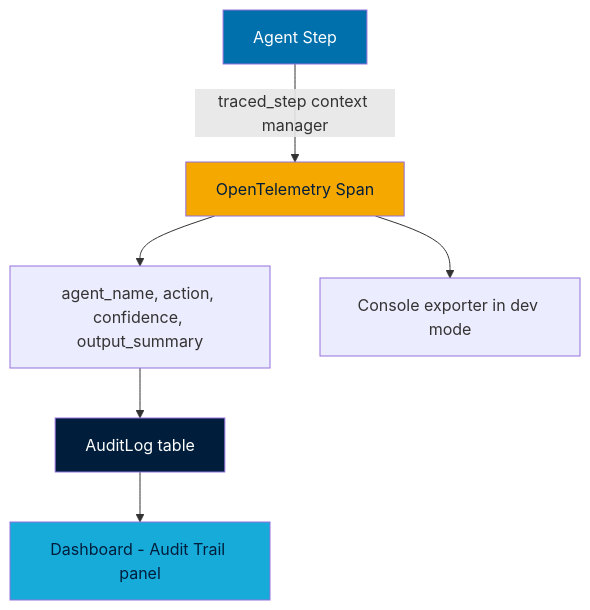
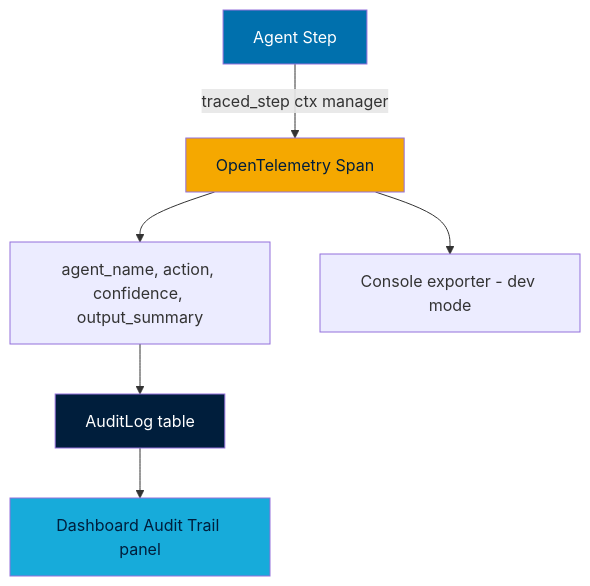
One commit to Monisha-1508/SKILLSYNC_AI changed the fifth of 5 diagrams in README.md. Above: the diagram before and after it, drawn with Mermaid. The commit also changed other lines of this file, not shown here.

````diff
--- a/README.md
+++ b/README.md
@@ -644,13 +647,13 @@
 ```mermaid
 graph TD
-    AGT[Agent Step] -->|traced_step context manager| SPAN[OpenTelemetry Span]
+    AGT[Agent Step] -->|traced_step ctx manager| SPAN[OpenTelemetry Span]
     SPAN --> ATTR[agent_name, action, confidence, output_summary]
     ATTR --> AUDIT[AuditLog table]
-    AUDIT --> DASH[Dashboard - Audit Trail panel]
-    SPAN --> CONSOLE[Console exporter in dev mode]
+    AUDIT --> DASH[Dashboard Audit Trail panel]
+    SPAN --> CONSOLE[Console exporter - dev mode]
 
     style AGT fill:#0070AD,color:#ffffff
     style SPAN fill:#F5A800,color:#001E3C
     style AUDIT fill:#001E3C,color:#ffffff
     style DASH fill:#17ABDA,color:#001E3C
 ```
````
